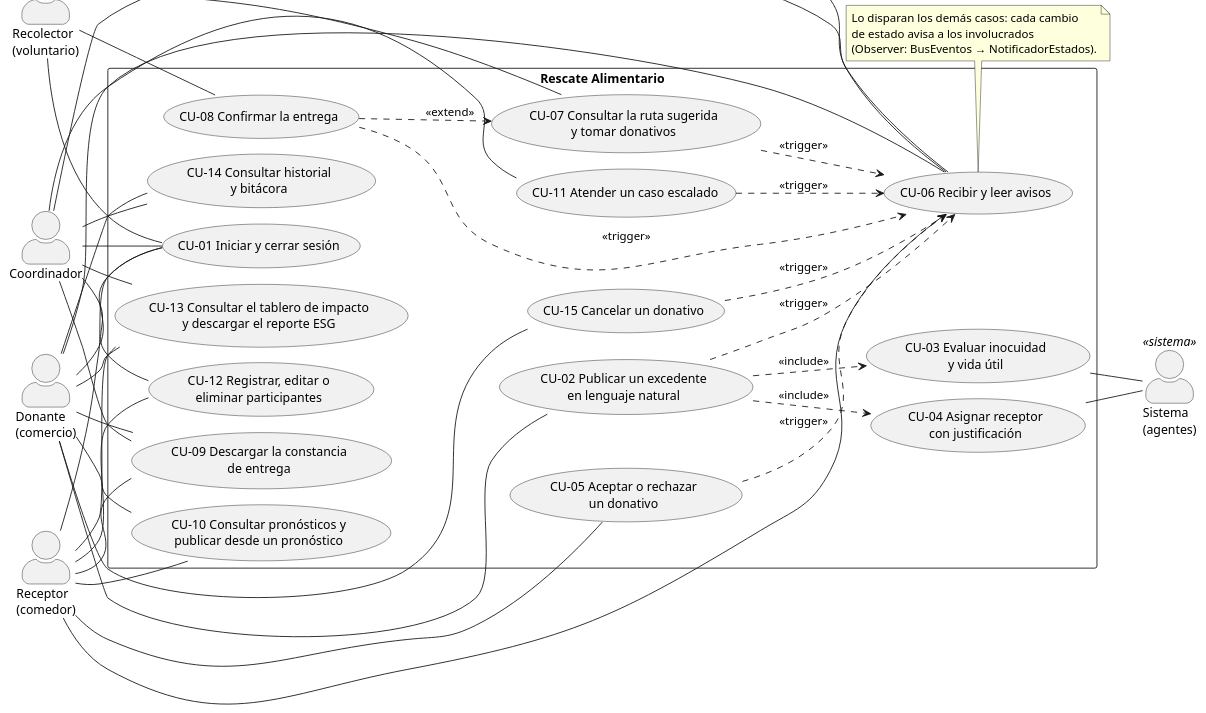
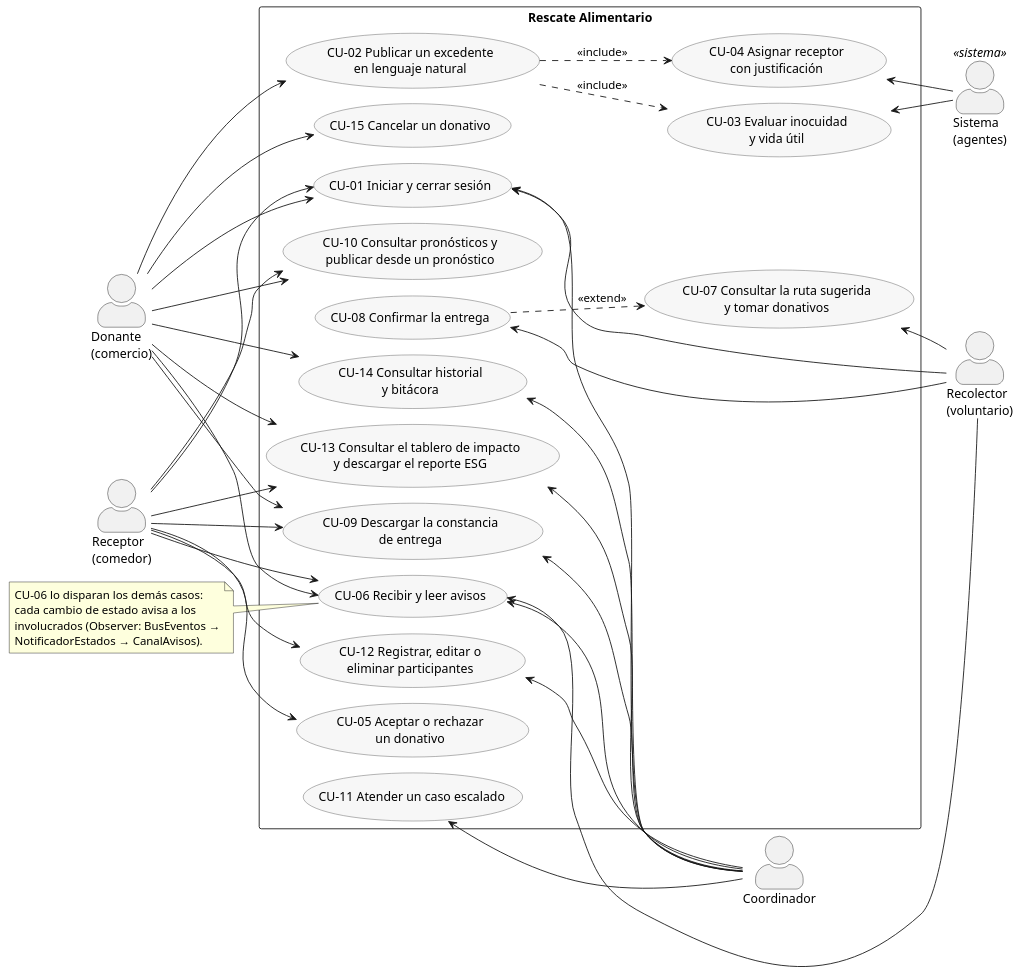
The diagram in docs/uml/casos_de_uso.puml (gilbertoanayam17/Rescate_Alimentario), drawn with PlantUML before and after one commit. The commit also changed 3 other files, not shown here.

Commit message:
uml: enums multilínea, casos de uso legibles y clases en vertical

```diff
--- a/docs/uml/casos_de_uso.puml
+++ b/docs/uml/casos_de_uso.puml
@@ -1,83 +1,77 @@
 @startuml casos_de_uso
 ' Diagrama de casos de uso (UML 2.5) de Rescate Alimentario, entrega final.
 !pragma layout smetana
 left to right direction
 skinparam actorStyle awesome
 skinparam packageStyle rectangle
 skinparam shadowing false
+skinparam usecase {
+  BackgroundColor #F7F7F7
+  BorderColor #555555
+}
 
 actor "Donante\n(comercio)" as Donante
 actor "Receptor\n(comedor)" as Receptor
+
+rectangle "Rescate Alimentario" {
+  usecase "CU-01 Iniciar y cerrar sesión" as CU01
+  usecase "CU-06 Recibir y leer avisos" as CU06
+  usecase "CU-02 Publicar un excedente\nen lenguaje natural" as CU02
+  usecase "CU-03 Evaluar inocuidad\ny vida útil" as CU03
+  usecase "CU-04 Asignar receptor\ncon justificación" as CU04
+  usecase "CU-10 Consultar pronósticos y\npublicar desde un pronóstico" as CU10
+  usecase "CU-15 Cancelar un donativo" as CU15
+  usecase "CU-05 Aceptar o rechazar\nun donativo" as CU05
+  usecase "CU-09 Descargar la constancia\nde entrega" as CU09
+  usecase "CU-13 Consultar el tablero de impacto\ny descargar el reporte ESG" as CU13
+  usecase "CU-14 Consultar historial\ny bitácora" as CU14
+  usecase "CU-12 Registrar, editar o\neliminar participantes" as CU12
+  usecase "CU-07 Consultar la ruta sugerida\ny tomar donativos" as CU07
+  usecase "CU-08 Confirmar la entrega" as CU08
+  usecase "CU-11 Atender un caso escalado" as CU11
+}
+
 actor "Recolector\n(voluntario)" as Recolector
 actor "Coordinador" as Coordinador
 actor "Sistema\n(agentes)" as Sistema <<sistema>>
 
-rectangle "Rescate Alimentario" {
-  usecase "CU-01 Iniciar y cerrar sesión" as CU01
-  usecase "CU-02 Publicar un excedente\nen lenguaje natural" as CU02
-  usecase "CU-03 Evaluar inocuidad\ny vida útil" as CU03
-  usecase "CU-04 Asignar receptor\ncon justificación" as CU04
-  usecase "CU-05 Aceptar o rechazar\nun donativo" as CU05
-  usecase "CU-06 Recibir y leer avisos" as CU06
-  usecase "CU-07 Consultar la ruta sugerida\ny tomar donativos" as CU07
-  usecase "CU-08 Confirmar la entrega" as CU08
-  usecase "CU-09 Descargar la constancia\nde entrega" as CU09
-  usecase "CU-10 Consultar pronósticos y\npublicar desde un pronóstico" as CU10
-  usecase "CU-11 Atender un caso escalado" as CU11
-  usecase "CU-12 Registrar, editar o\neliminar participantes" as CU12
-  usecase "CU-13 Consultar el tablero de impacto\ny descargar el reporte ESG" as CU13
-  usecase "CU-14 Consultar historial\ny bitácora" as CU14
-  usecase "CU-15 Cancelar un donativo" as CU15
-}
+Donante --> CU01
+Donante --> CU02
+Donante --> CU10
+Donante --> CU15
+Donante --> CU09
+Donante --> CU13
+Donante --> CU14
+Donante --> CU06
 
-Donante -- CU01
-Receptor -- CU01
-Recolector -- CU01
-Coordinador -- CU01
+Receptor --> CU01
+Receptor --> CU05
+Receptor --> CU10
+Receptor --> CU09
+Receptor --> CU13
+Receptor --> CU12
+Receptor --> CU06
 
-Donante -- CU02
-Donante -- CU09
-Donante -- CU10
-Donante -- CU13
-Donante -- CU14
-Donante -- CU15
+CU01 <-- Recolector
+CU07 <-- Recolector
+CU08 <-- Recolector
+CU06 <-- Recolector
 
-Receptor -- CU05
-Receptor -- CU09
-Receptor -- CU10
-Receptor -- CU12
-Receptor -- CU13
+CU01 <-- Coordinador
+CU11 <-- Coordinador
+CU12 <-- Coordinador
+CU13 <-- Coordinador
+CU14 <-- Coordinador
+CU09 <-- Coordinador
+CU06 <-- Coordinador
 
-Recolector -- CU07
-Recolector -- CU08
-
-Coordinador -- CU09
-Coordinador -- CU11
-Coordinador -- CU12
-Coordinador -- CU13
-Coordinador -- CU14
-
-CU06 -- Donante
-CU06 -- Receptor
-CU06 -- Recolector
-CU06 -- Coordinador
-
-CU03 -- Sistema
-CU04 -- Sistema
+CU03 <-- Sistema
+CU04 <-- Sistema
 
 CU02 ..> CU03 : <<include>>
 CU02 ..> CU04 : <<include>>
 CU08 ..> CU07 : <<extend>>
-CU02 ..> CU06 : <<trigger>>
-CU05 ..> CU06 : <<trigger>>
-CU07 ..> CU06 : <<trigger>>
-CU08 ..> CU06 : <<trigger>>
-CU11 ..> CU06 : <<trigger>>
-CU15 ..> CU06 : <<trigger>>
 
-note bottom of CU06
-  Lo disparan los demás casos: cada cambio
-  de estado avisa a los involucrados
-  (Observer: BusEventos → NotificadorEstados).
-end note
+note "CU-06 lo disparan los demás casos:\ncada cambio de estado avisa a los\ninvolucrados (Observer: BusEventos →\nNotificadorEstados → CanalAvisos)." as N06
+N06 .. CU06
 @enduml
```
